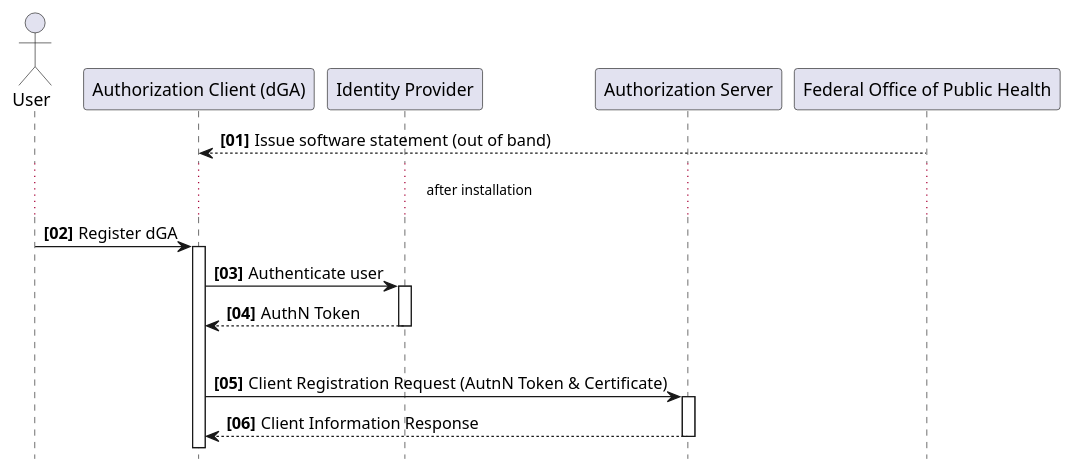
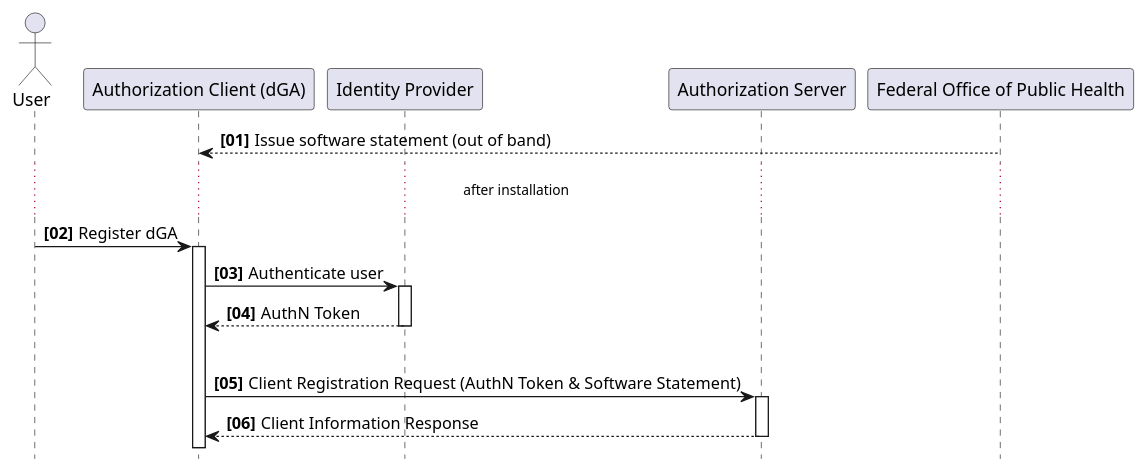
One commit to ehealthsuisse/ch-health-dossier changed the diagram in input/images-source/ClientRegistration-dGA.plantuml. Above: the diagram before and after it, drawn with PlantUML. The commit also changed 3 other files, not shown here.

First line of the commit message:
Fix editorial issues in the client registration page

```diff
--- a/input/images-source/ClientRegistration-dGA.plantuml
+++ b/input/images-source/ClientRegistration-dGA.plantuml
@@ -1,26 +1,26 @@
 @startuml
 hide footbox
 
 actor "User" as User
 participant "Authorization Client (dGA)" as Client
 participant "Identity Provider" as IdP
 participant "Authorization Server" as AuthzServer
 participant "Federal Office of Public Health" as FOPH
 
 autonumber 1 1 "<b>[00]</b>"
 autoactivate on
 
 FOPH --> Client: Issue software statement (out of band)
 
 ... after installation  ...
 
 User -> Client: Register dGA
 Client -> IdP: Authenticate user
 IdP --> Client: AuthN Token
 
 |||
 
-Client -> AuthzServer: Client Registration Request (AutnN Token & Certificate)
+Client -> AuthzServer: Client Registration Request (AuthN Token & Software Statement)
 AuthzServer --> Client: Client Information Response
 
 @enduml
```
